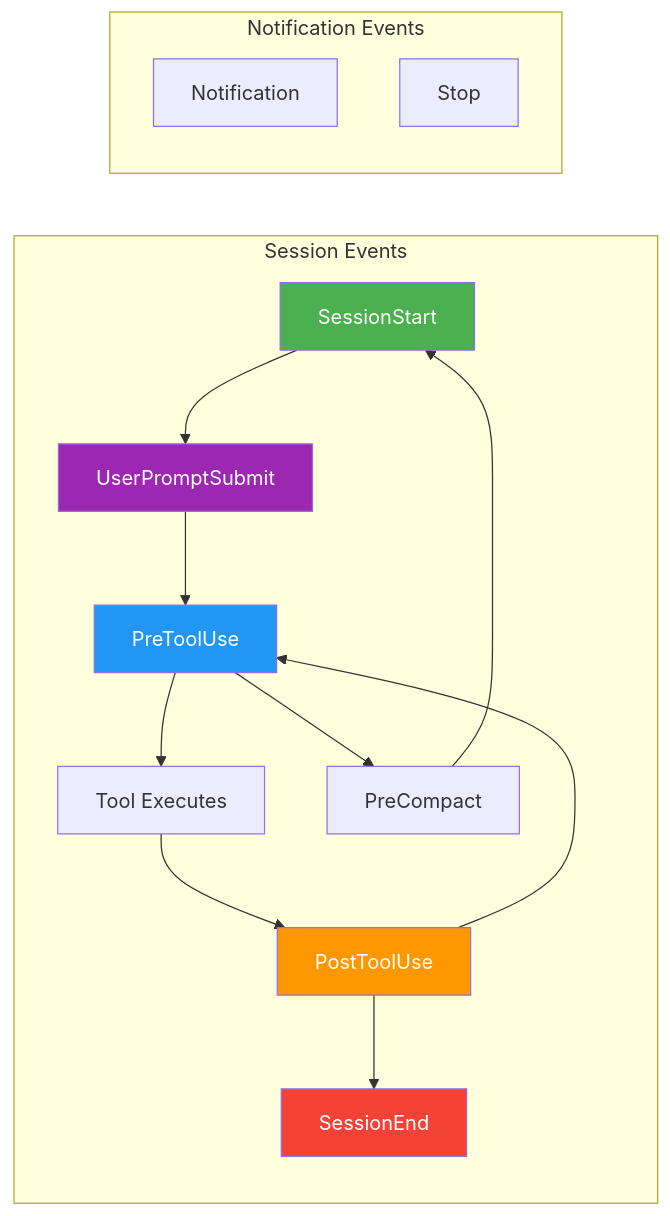
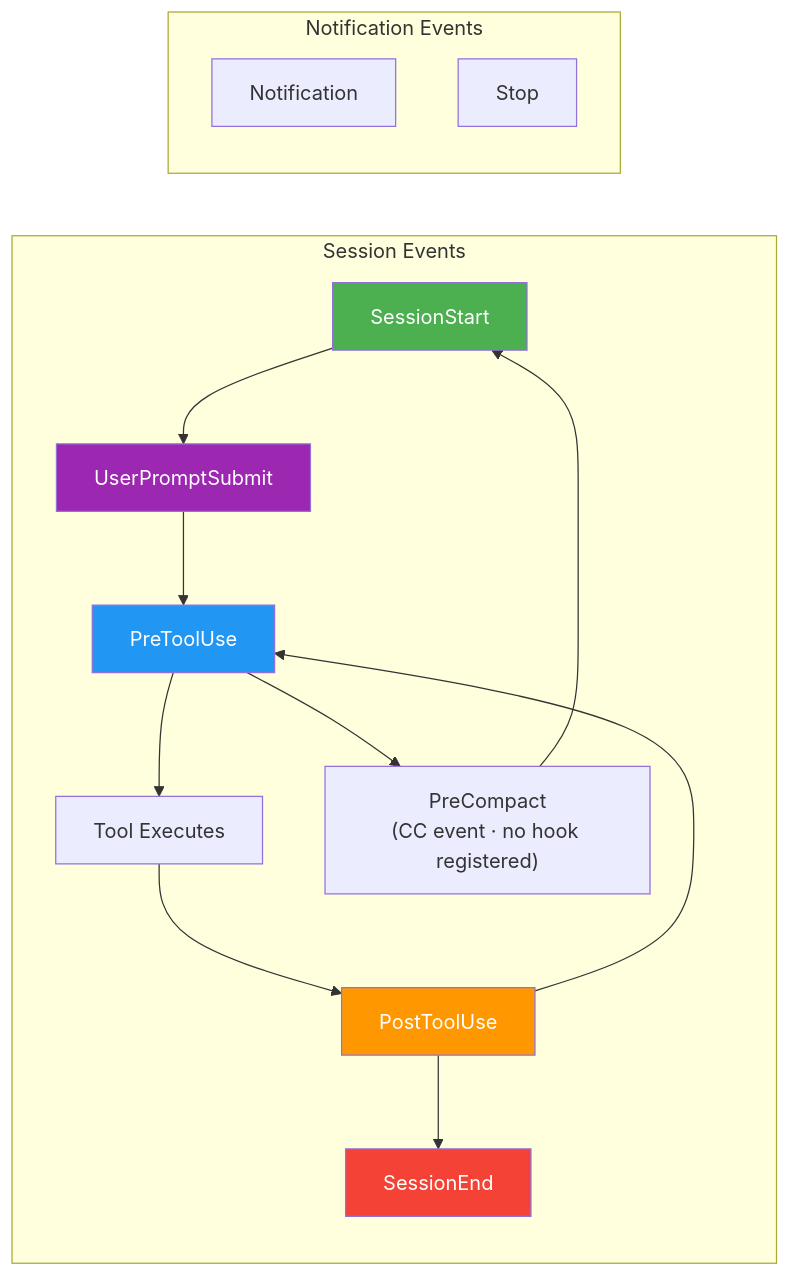
The third of 20 diagrams in .claude/docs/claude-ai-agent-framework-guide.md (duc01226/easy-claude), drawn with Mermaid before and after one commit. The commit also changed other lines of this file and 327 other files, not shown here.

````diff
--- a/.claude/docs/claude-ai-agent-framework-guide.md
+++ b/.claude/docs/claude-ai-agent-framework-guide.md
@@ -253,26 +246,28 @@
 ```mermaid
 graph LR
     subgraph "Session Events"
         SS[SessionStart] --> UPS[UserPromptSubmit]
         UPS --> PTU[PreToolUse]
         PTU --> TOOL[Tool Executes]
         TOOL --> POTU[PostToolUse]
         POTU --> PTU
-        PTU --> PC[PreCompact]
+        PTU --> PC["PreCompact<br/>(CC event · no hook registered)"]
         PC --> SS
         POTU --> SE[SessionEnd]
     end
 
     subgraph "Notification Events"
         N[Notification]
         STOP[Stop]
     end
 
     %% No SubagentStart hook — sub-agent context is static in agents/*.md
+    %% PreCompact is an available Claude Code event but this framework registers NO PreCompact
+    %% hook — compaction recovery is static re-anchoring (re-read CLAUDE.md / SKILL.md, TaskList).
 
     style SS fill:#4CAF50,color:white
     style SE fill:#f44336,color:white
     style PTU fill:#2196F3,color:white
     style POTU fill:#FF9800,color:white
     style UPS fill:#9C27B0,color:white
 ```
````
